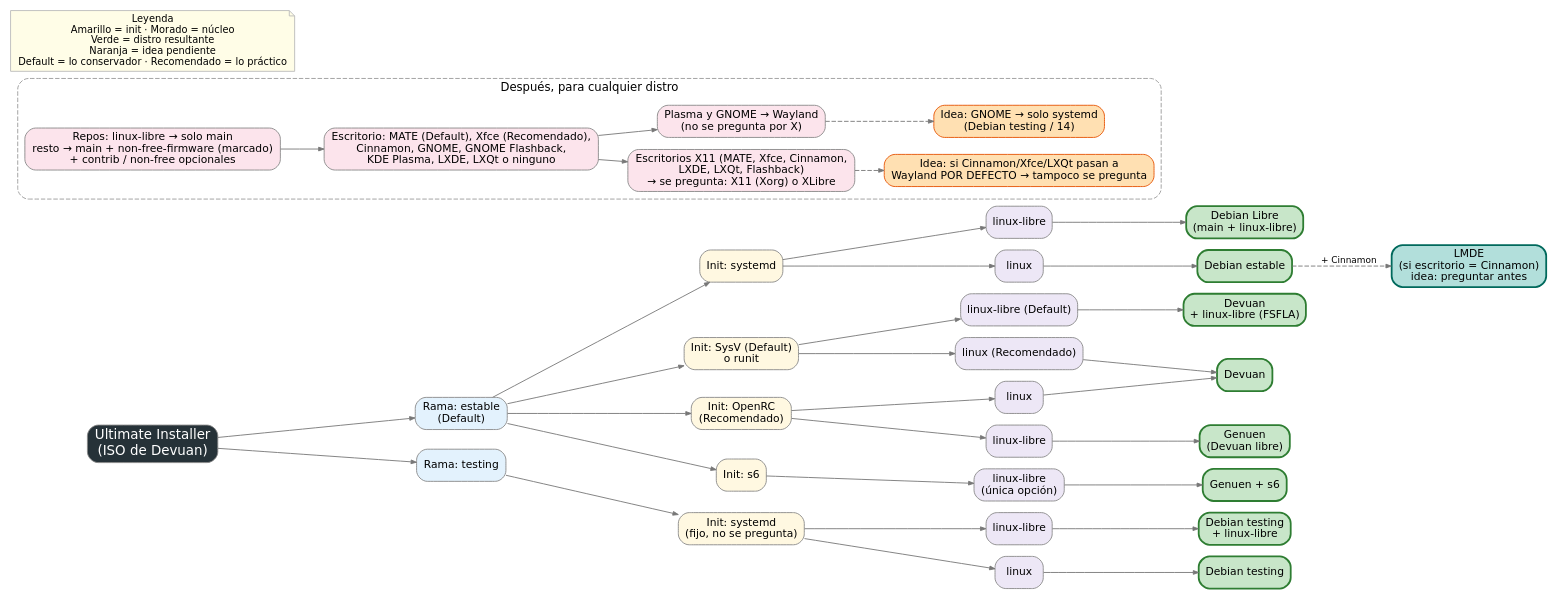
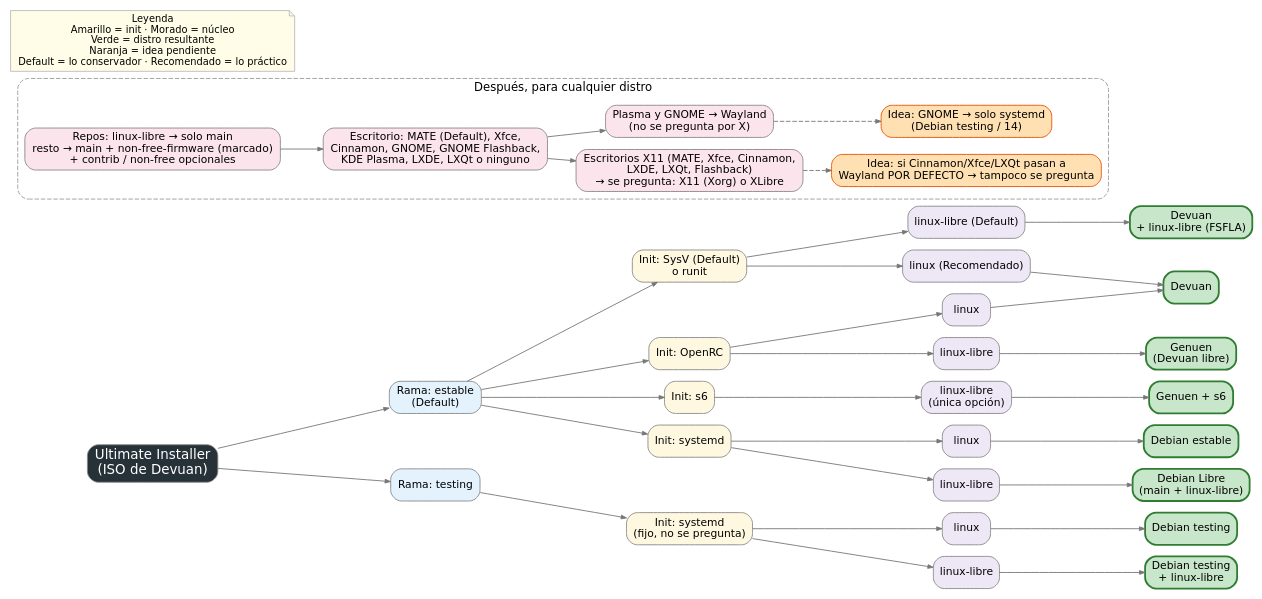
Before and after one commit to Crafer32/ultimate-installer: the diagram in esquema-opciones.dot, drawn with Graphviz. The commit also changed 14 other files, not shown here.

Commit message:
Sin LMDE (Mint pasará a ser un repo opcional); README sin la lógica interna y con capturas de los menús; Recomendado solo en linux

```diff
--- a/esquema-opciones.dot
+++ b/esquema-opciones.dot
@@ -1,64 +1,62 @@
 digraph U {
   rankdir=LR; nodesep=0.18; ranksep=0.45; bgcolor="white";
   node [shape=box, style="rounded,filled", fontname="DejaVu Sans", fontsize=12, fillcolor="#f2f2f2", color="#888888"];
   edge [color="#777777", arrowsize=0.6];
   ui [label="Ultimate Installer\n(ISO de Devuan)", fillcolor="#263238", fontcolor="white", fontsize=15];
 
   st [label="Rama: estable\n(Default)", fillcolor="#e3f2fd"];
   te [label="Rama: testing", fillcolor="#e3f2fd"];
   ui -> st; ui -> te;
 
   // estable
   sysv [label="Init: SysV (Default)\no runit", fillcolor="#fff8e1"];
-  orc  [label="Init: OpenRC\n(Recomendado)", fillcolor="#fff8e1"];
+  orc  [label="Init: OpenRC", fillcolor="#fff8e1"];
   s6   [label="Init: s6", fillcolor="#fff8e1"];
   sd   [label="Init: systemd", fillcolor="#fff8e1"];
   st -> sysv; st -> orc; st -> s6; st -> sd;
 
   node [fillcolor="#ede7f6"];
   k1 [label="linux-libre (Default)"]; k2 [label="linux (Recomendado)"];
   k4 [label="linux-libre"]; k5 [label="linux"];
   k7 [label="linux-libre\n(única opción)"];
   k8 [label="linux"]; k9 [label="linux-libre"];
   sysv -> k1; sysv -> k2;
   orc -> k4; orc -> k5;
   s6 -> k7;
   sd -> k8; sd -> k9;
 
   node [shape=box, style="rounded,filled,bold", fillcolor="#c8e6c9", color="#2e7d32"];
   d1 [label="Devuan\n+ linux-libre (FSFLA)"];
   d2 [label="Devuan"];
   d4 [label="Genuen\n(Devuan libre)"];
   d5 [label="Genuen + s6"];
   d6 [label="Debian estable"];
   d7 [label="Debian Libre\n(main + linux-libre)"];
-  d8 [label="LMDE\n(si escritorio = Cinnamon)\nidea: preguntar antes", fillcolor="#b2dfdb", color="#00695c"];
   k1 -> d1; k2 -> d2; k5 -> d2;
   k4 -> d4; k7 -> d5; k8 -> d6; k9 -> d7;
-  d6 -> d8 [style=dashed, label=" + Cinnamon", fontname="DejaVu Sans", fontsize=10];
 
   // testing
   tsd [label="Init: systemd\n(fijo, no se pregunta)", style="rounded,filled", fillcolor="#fff8e1", color="#888888"];
   te -> tsd;
   node [style="rounded,filled", fillcolor="#ede7f6", color="#888888"];
   tk1 [label="linux"]; tk2 [label="linux-libre"];
   tsd -> tk1; tsd -> tk2;
   node [style="rounded,filled,bold", fillcolor="#c8e6c9", color="#2e7d32"];
   d9 [label="Debian testing"]; d10 [label="Debian testing\n+ linux-libre"];
   tk1 -> d9; tk2 -> d10;
 
   // escritorio y X
   subgraph cluster_esc {
     label="Después, para cualquier distro"; fontname="DejaVu Sans"; fontsize=13; style="rounded,dashed"; color="#999999";
     node [style="rounded,filled", fillcolor="#fce4ec", color="#888888"];
     rep [label="Repos: linux-libre → solo main\nresto → main + non-free-firmware (marcado)\n+ contrib / non-free opcionales"];
-    esc [label="Escritorio: MATE (Default), Xfce (Recomendado),\nCinnamon, GNOME, GNOME Flashback,\nKDE Plasma, LXDE, LXQt o ninguno"];
+    esc [label="Escritorio: MATE (Default), Xfce,\nCinnamon, GNOME, GNOME Flashback,\nKDE Plasma, LXDE, LXQt o ninguno"];
     x11 [label="Escritorios X11 (MATE, Xfce, Cinnamon,\nLXDE, LXQt, Flashback)\n→ se pregunta: X11 (Xorg) o XLibre"];
     way [label="Plasma y GNOME → Wayland\n(no se pregunta por X)"];
     gn  [label="Idea: GNOME → solo systemd\n(Debian testing / 14)", fillcolor="#ffe0b2", color="#e65100"];
     fut [label="Idea: si Cinnamon/Xfce/LXQt pasan a\nWayland POR DEFECTO → tampoco se pregunta", fillcolor="#ffe0b2", color="#e65100"];
     rep -> esc; esc -> x11; esc -> way; way -> gn [style=dashed]; x11 -> fut [style=dashed];
   }
   ley [shape=note, style="filled", fillcolor="#fffde7", color="#bbbbbb", fontsize=11,
        label="Leyenda\nAmarillo = init · Morado = núcleo\nVerde = distro resultante\nNaranja = idea pendiente\nDefault = lo conservador · Recomendado = lo práctico"];
 }
```
